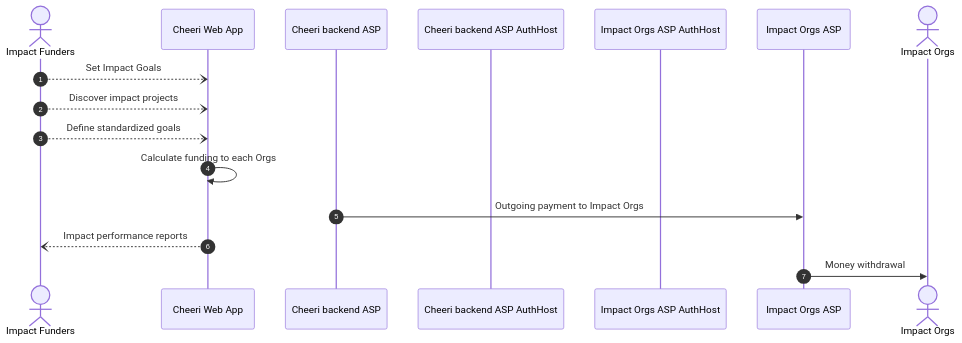
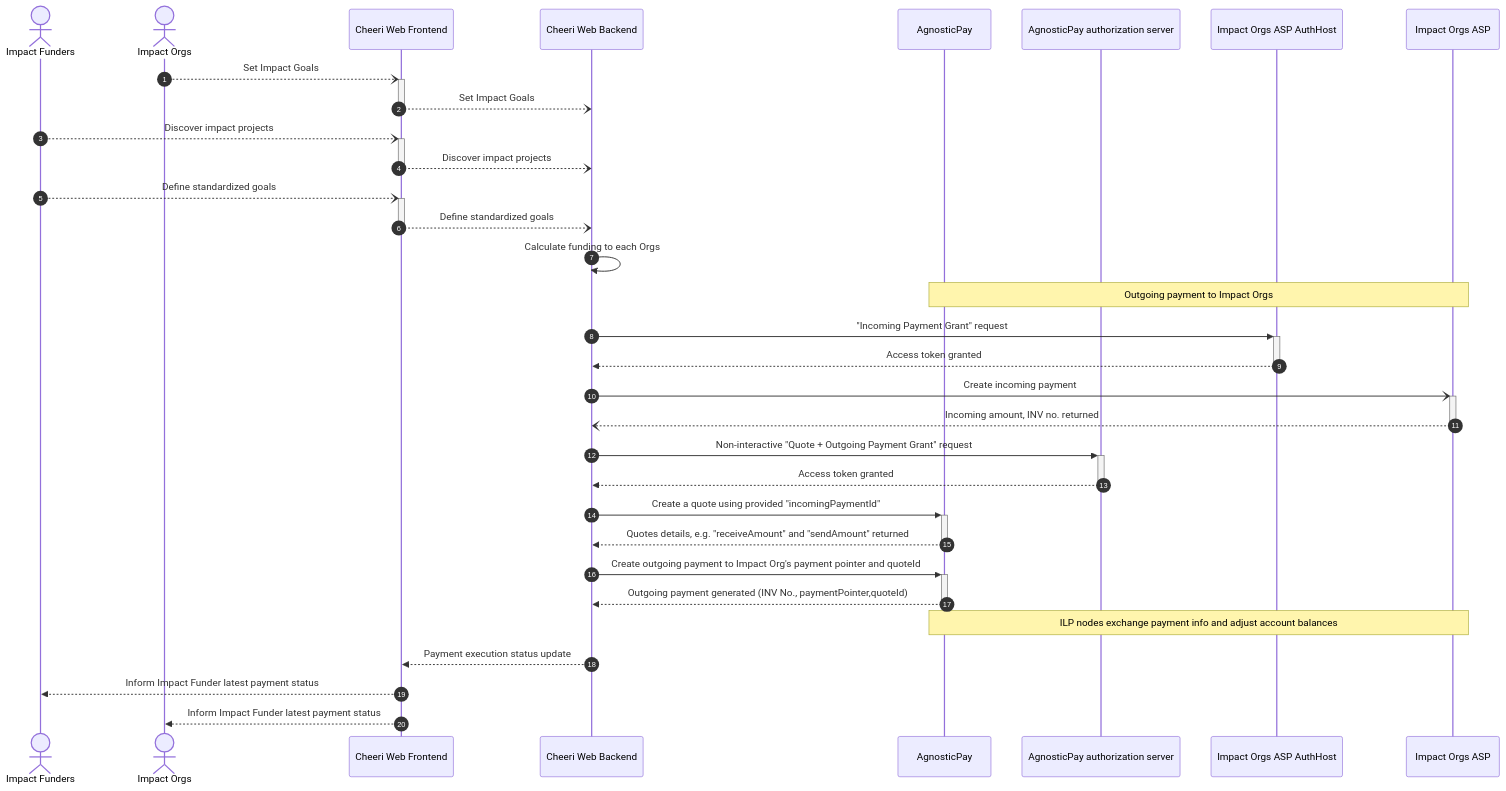
The diagram in rafiki-divao-demo/demo-Cheeri.md (anguschiu1/interledger-divao), drawn with Mermaid before and after one commit.

Commit message:
SeqDiagram of Cheeri-AP: OpenPayment API standard

````diff
--- a/rafiki-divao-demo/demo-Cheeri.md
+++ b/rafiki-divao-demo/demo-Cheeri.md
@@ -5,18 +5,35 @@
 ```mermaid
 sequenceDiagram
 autonumber
 actor F as Impact Funders
-participant C as Cheeri Web App
-participant CA as Cheeri backend ASP
-participant CAAuth as Cheeri backend ASP AuthHost
-participant IAA as Impact Orgs ASP AuthHost
+actor I as Impact Orgs
+participant CFE as Cheeri Web Frontend
+participant CBE as Cheeri Web Backend
+participant AP as AgnosticPay
+participant APA as AgnosticPay authorization server
+participant IAAuth as Impact Orgs ASP AuthHost
 participant IA as Impact Orgs ASP
-actor I as Impact Orgs
-F--)C: Set Impact Goals
-F--)C: Discover impact projects
-F--)C: Define standardized goals
-C->>C: Calculate funding to each Orgs
-CA->>IA: Outgoing payment to Impact Orgs
-C--)F: Impact performance reports
-IA->>I: Money withdrawal
+I--)+CFE: Set Impact Goals
+CFE--)-CBE: Set Impact Goals
+F--)+CFE: Discover impact projects
+CFE--)-CBE: Discover impact projects
+F--)+CFE: Define standardized goals
+CFE--)-CBE: Define standardized goals
+CBE->>CBE: Calculate funding to each Orgs
+
+Note over AP,IA: Outgoing payment to Impact Orgs
+CBE->>+IAAuth: "Incoming Payment Grant" request
+IAAuth-->>-CBE: Access token granted
+CBE-)+IA: Create incoming payment
+IA--)-CBE: Incoming amount, INV no. returned
+CBE->>+APA: Non-interactive "Quote + Outgoing Payment Grant" request
+APA-->>-CBE: Access token granted
+CBE->>+AP: Create a quote using provided "incomingPaymentId"
+AP-->>-CBE: Quotes details, e.g. "receiveAmount" and "sendAmount" returned
+CBE->>+AP: Create outgoing payment to Impact Org's payment pointer and quoteId
+AP-->>-CBE: Outgoing payment generated (INV No., paymentPointer,quoteId)
+Note over AP, IA: ILP nodes exchange payment info and adjust account balances
+CBE-->>CFE: Payment execution status update
+CFE-->>F: Inform Impact Funder latest payment status
+CFE-->>I: Inform Impact Funder latest payment status
 ```
````
